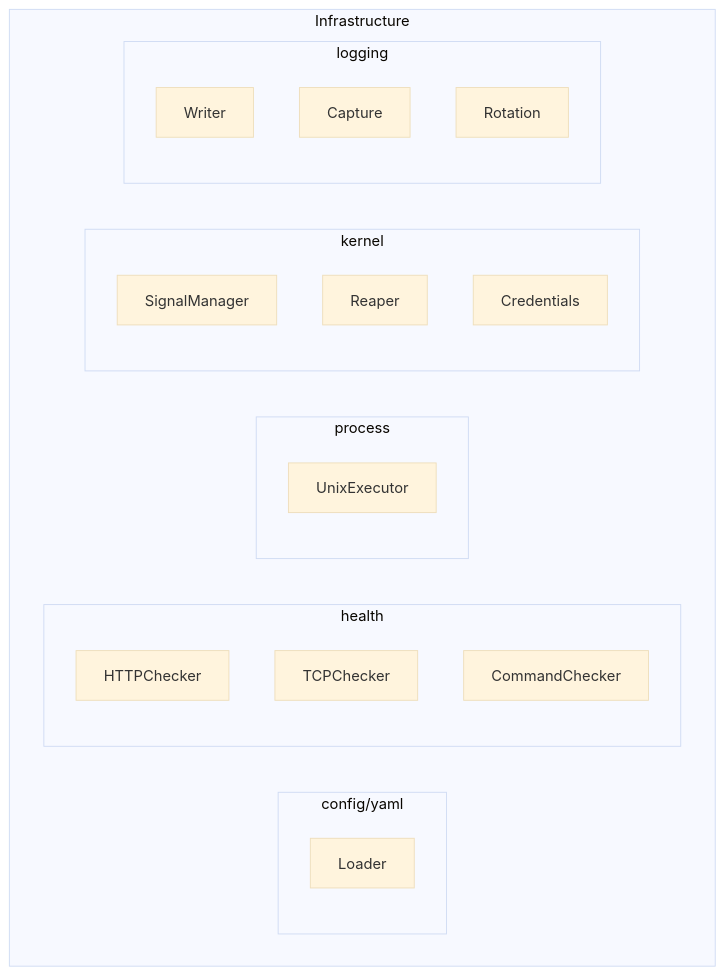
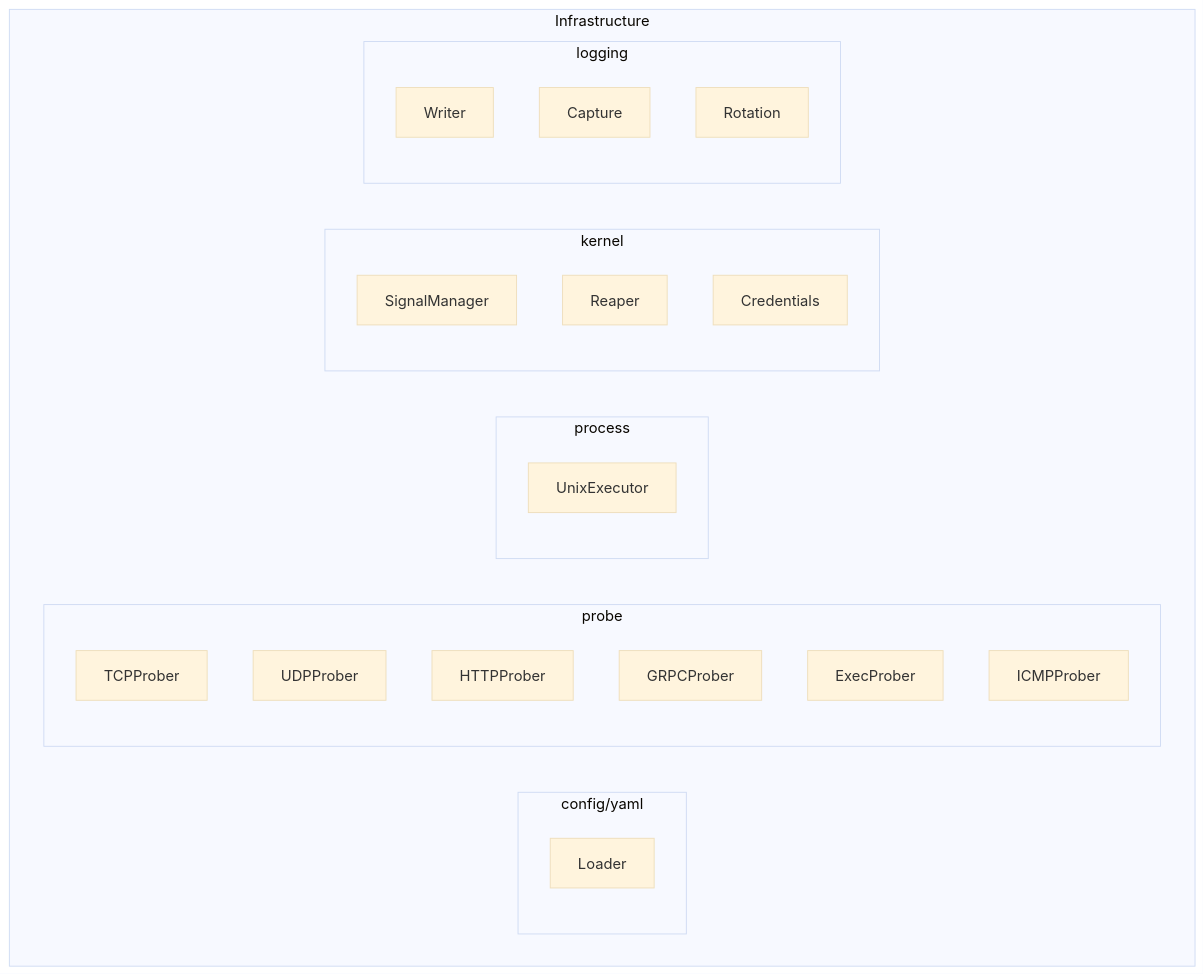
One commit to supervizio/daemon changed the third of 4 diagrams in docs/architecture.md. Above: the diagram before and after it, drawn with Mermaid (base theme). The commit also changed other lines of this file and 104 other files, not shown here.

First line of the commit message:
refactor(health): migrate to ports/adapters probe system (#20)

````diff
--- a/docs/architecture.md
+++ b/docs/architecture.md
@@ -164,30 +184,33 @@
 ```mermaid
 graph TB
     subgraph Infrastructure
         subgraph config/yaml
             YAML[Loader]
         end
 
-        subgraph health
-            HTTP[HTTPChecker]
-            TCP[TCPChecker]
-            CMD[CommandChecker]
+        subgraph probe
+            TCP[TCPProber]
+            UDP[UDPProber]
+            HTTP[HTTPProber]
+            GRPC[GRPCProber]
+            EXEC_P[ExecProber]
+            ICMP[ICMPProber]
         end
 
         subgraph process
             EXEC[UnixExecutor]
         end
 
         subgraph kernel
             SIG[SignalManager]
             REAP[Reaper]
             CRED[Credentials]
         end
 
         subgraph logging
             WRITER[Writer]
             CAPTURE[Capture]
             ROTATE[Rotation]
         end
     end
 ```
````
